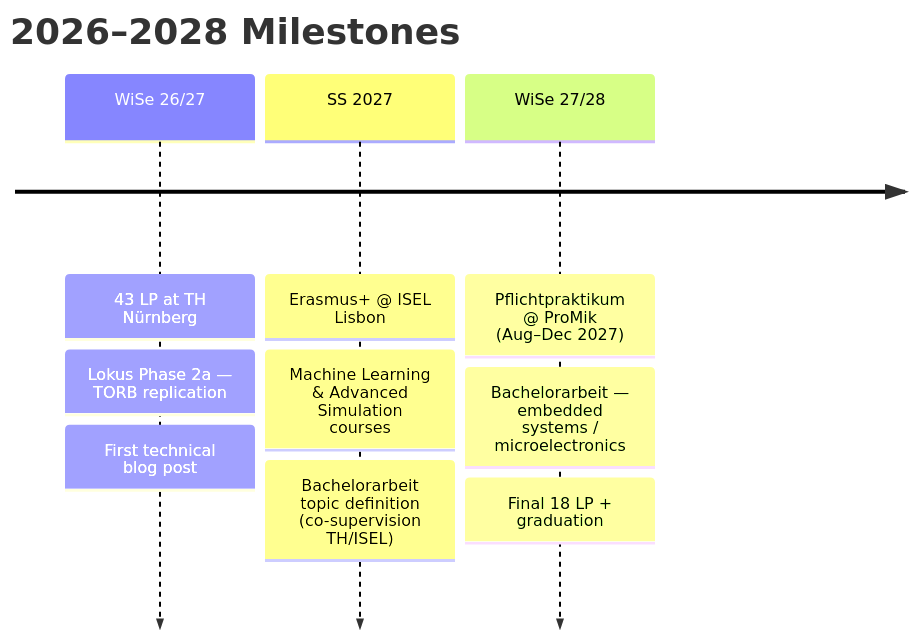
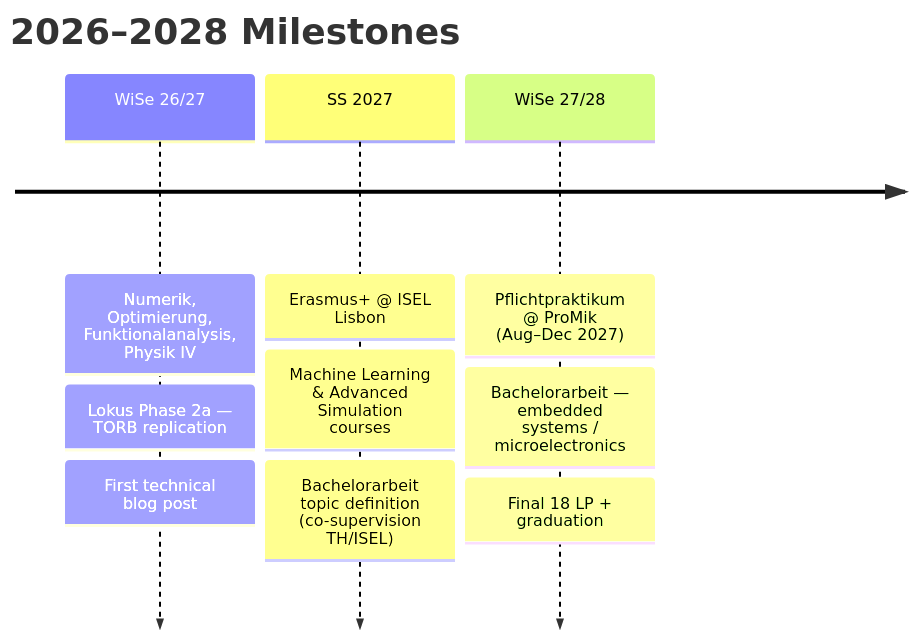
One commit to e49nana/e49nana changed the diagram in README.md. Above: the diagram before and after it, drawn with Mermaid. The commit also changed other lines of this file, not shown here.

Commit message:
profile: correct WiSe 26/27 modules

````diff
--- a/README.md
+++ b/README.md
@@ -123,13 +123,13 @@
 ```mermaid
 timeline
     title 2026–2028 Milestones
-    WiSe 26/27 : 43 LP at TH Nürnberg
+    WiSe 26/27 : Numerik, Optimierung, Funktionalanalysis, Physik IV
                : Lokus Phase 2a — TORB replication
                : First technical blog post
     SS 2027    : Erasmus+ @ ISEL Lisbon
                : Machine Learning & Advanced Simulation courses
                : Bachelorarbeit topic definition (co-supervision TH/ISEL)
     WiSe 27/28 : Pflichtpraktikum @ ProMik (Aug–Dec 2027)
                : Bachelorarbeit — embedded systems / microelectronics
                : Final 18 LP + graduation
 ```
````
